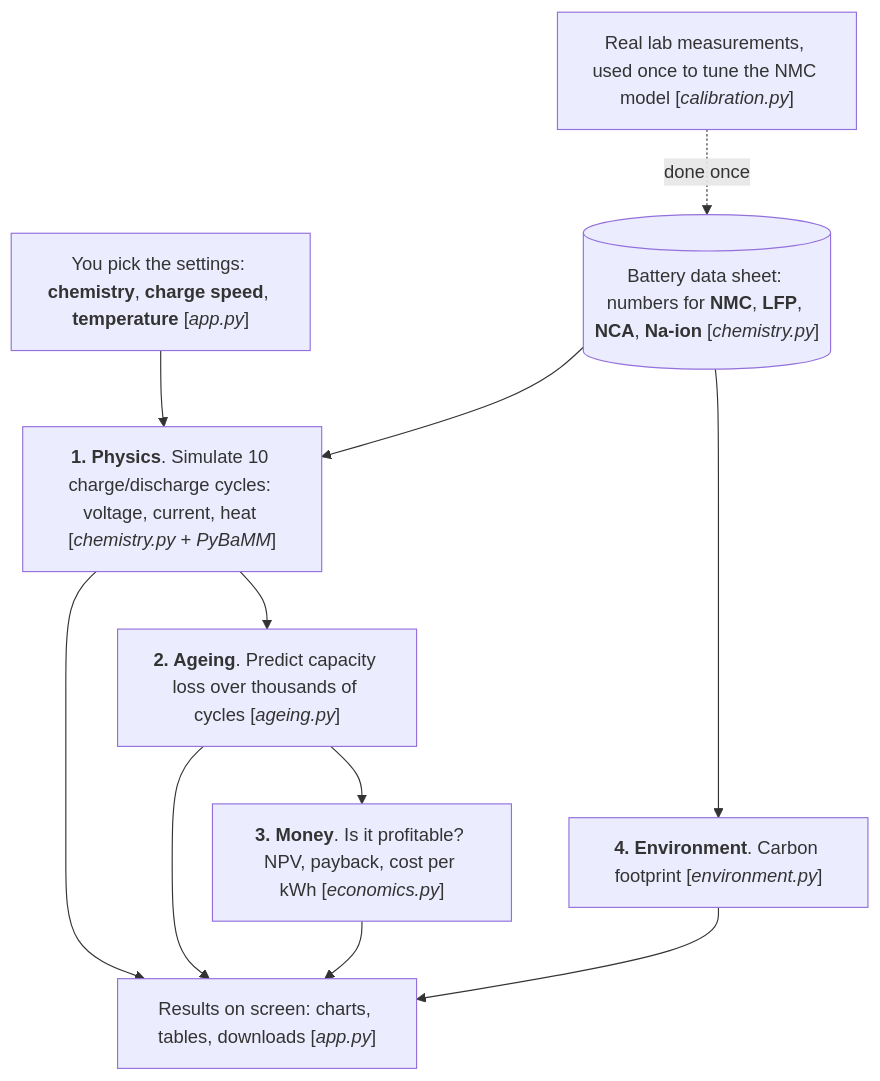
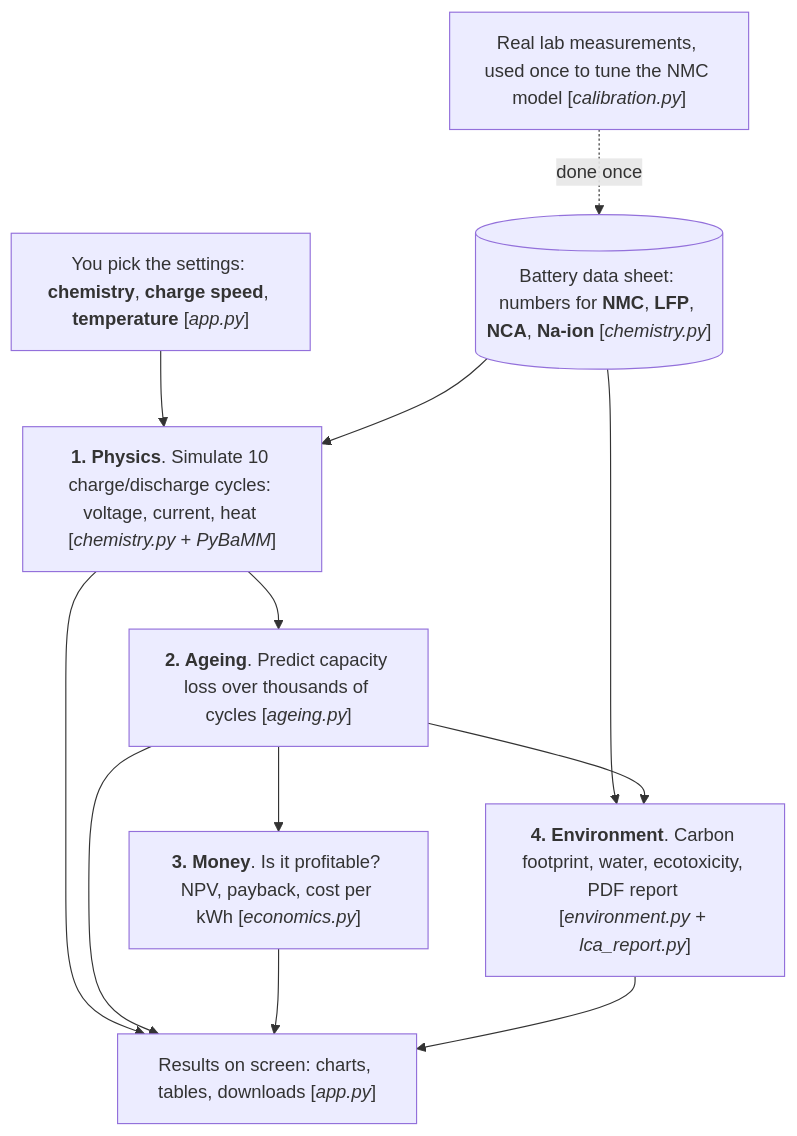
The first of 11 diagrams in README.md (TheJohn01/DigitalTwinBattery), drawn with Mermaid before and after one commit. The commit also changed other lines of this file, not shown here.

````diff
--- a/README.md
+++ b/README.md
@@ -25,25 +181,26 @@
 ```mermaid
 flowchart TD
     USER["You pick the settings: <b>chemistry</b>, <b>charge speed</b>, <b>temperature</b> [<i>app.py</i>]"]
     SHEET[("Battery data sheet: numbers for <b>NMC</b>, <b>LFP</b>, <b>NCA</b>, <b>Na-ion</b> [<i>chemistry.py</i>]")]
     LAB["Real lab measurements, used once to tune the NMC model [<i>calibration.py</i>]"]
 
     PHYS["<b>1. Physics</b>. Simulate 10 charge/discharge cycles: voltage, current, heat [<i>chemistry.py</i> + <i>PyBaMM</i>]"]
     AGE["<b>2. Ageing</b>. Predict capacity loss over thousands of cycles [<i>ageing.py</i>]"]
     MONEY["<b>3. Money</b>. Is it profitable? NPV, payback, cost per kWh [<i>economics.py</i>]"]
-    CO2["<b>4. Environment</b>. Carbon footprint [<i>environment.py</i>]"]
+    CO2["<b>4. Environment</b>. Carbon footprint, water, ecotoxicity, PDF report [<i>environment.py</i> + <i>lca_report.py</i>]"]
     OUT["Results on screen: charts, tables, downloads [<i>app.py</i>]"]
 
     USER --> PHYS
     SHEET --> PHYS
     LAB -. "done once" .-> SHEET
     PHYS --> AGE
     AGE --> MONEY
     SHEET --> CO2
+    AGE --> CO2
     PHYS --> OUT
     AGE --> OUT
     MONEY --> OUT
     CO2 --> OUT
 
   
 ```
````
